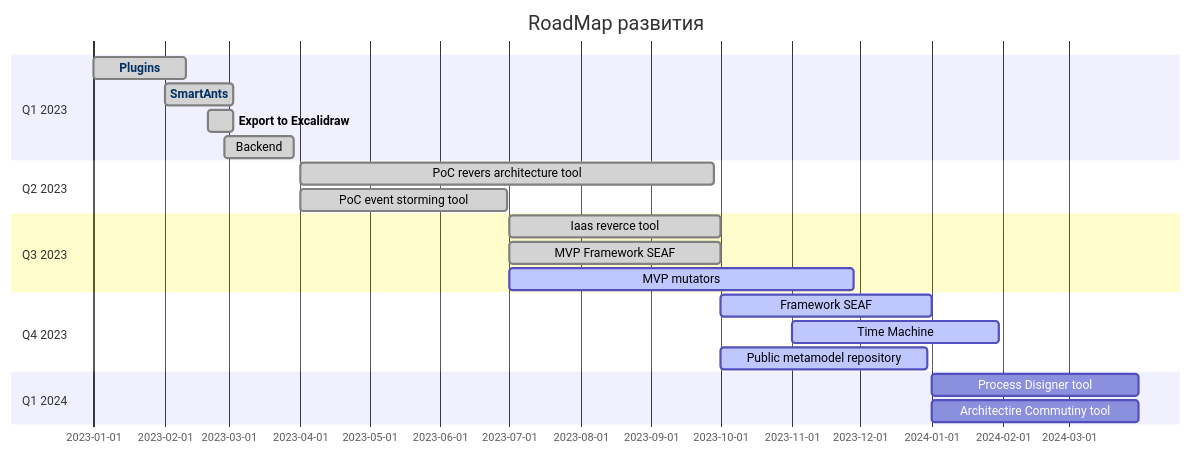
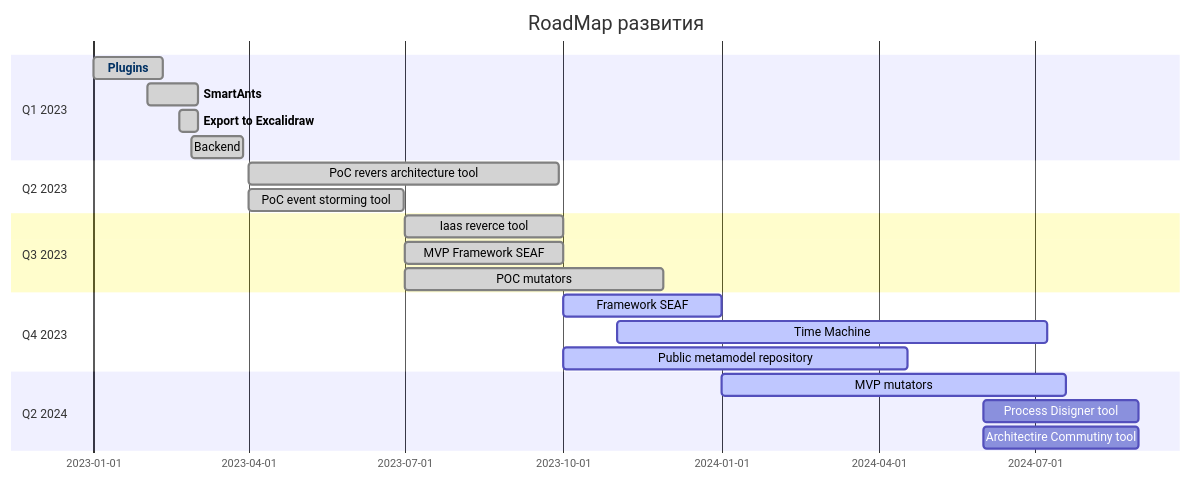
One commit to vontikov/dochub changed the diagram in README.md. Above: the diagram before and after it, drawn with Mermaid.

Commit message:
Исправлен RoadMap

````diff
--- a/README.md
+++ b/README.md
@@ -44,28 +44,29 @@
 ```mermaid
 gantt
     title RoadMap развития
     dateFormat  YYYY-MM
     section Q1 2023
         Plugins                      :done, plugins, 2023-01-01, 40d
         SmartAnts                    :done, smartants, 2023-02-01, 30d
         Export to Excalidraw         :done, exportexc, 2023-02-20, 11d
         Backend                      :done, 2023-02-27, 30d
     section Q2 2023
         PoC revers architecture tool    :done, 2023-04-01, 180d
         PoC event storming tool         :done, 2023-04-01, 90d
     section Q3 2023
         Iaas reverce tool           :done, 2023-07-01, 92d
         MVP Framework SEAF          :done, 2023-07-01, 92d
-        MVP mutators                :active, 2023-07-01, 150d
+        POC mutators                :done, 2023-07-01, 150d
     section Q4 2023
         Framework SEAF              :active, 2023-10-01, 92d
-        Time Machine                :active, 2023-11-01, 90d
-        Public metamodel repository :active, 2023-10-01, 90d
-    section Q1 2024
-        Process Disigner tool       :2024-01-01, 90d
-        Architectire Commutiny tool :2024-01-01, 90d
+        Time Machine                :active, 2023-11-01, 250d
+        Public metamodel repository :active, 2023-10-01, 200d
+    section Q2 2024
+        MVP mutators                :active, 2024-01-01, 200d
+        Process Disigner tool       :2024-06-01, 90d
+        Architectire Commutiny tool :2024-06-01, 90d
 
 click plugins href "https://dochub.info/docs/dochub.plugins.intro"
 click smartants href "https://dochub.info/docs/dochub.smartants"
 click exportexc href "https://dochub.info/docs/dochub.smartants#%D0%BF%D1%80%D0%BE%D1%81%D1%82%D0%B5%D0%B9%D1%88%D0%B5%D0%B5-%D0%BF%D1%80%D0%B5%D0%B4%D1%81%D1%82%D0%B0%D0%B2%D0%BB%D0%B5%D0%BD%D0%B8%D0%B5"
 ```
````
